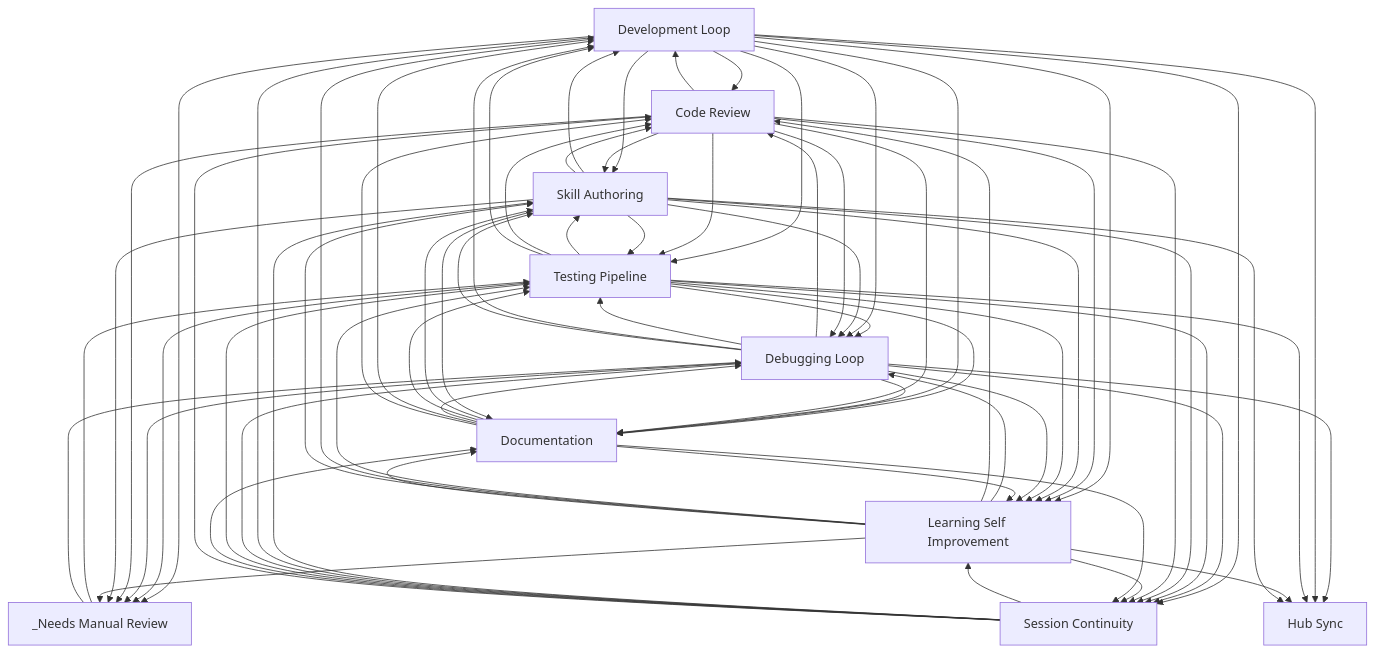
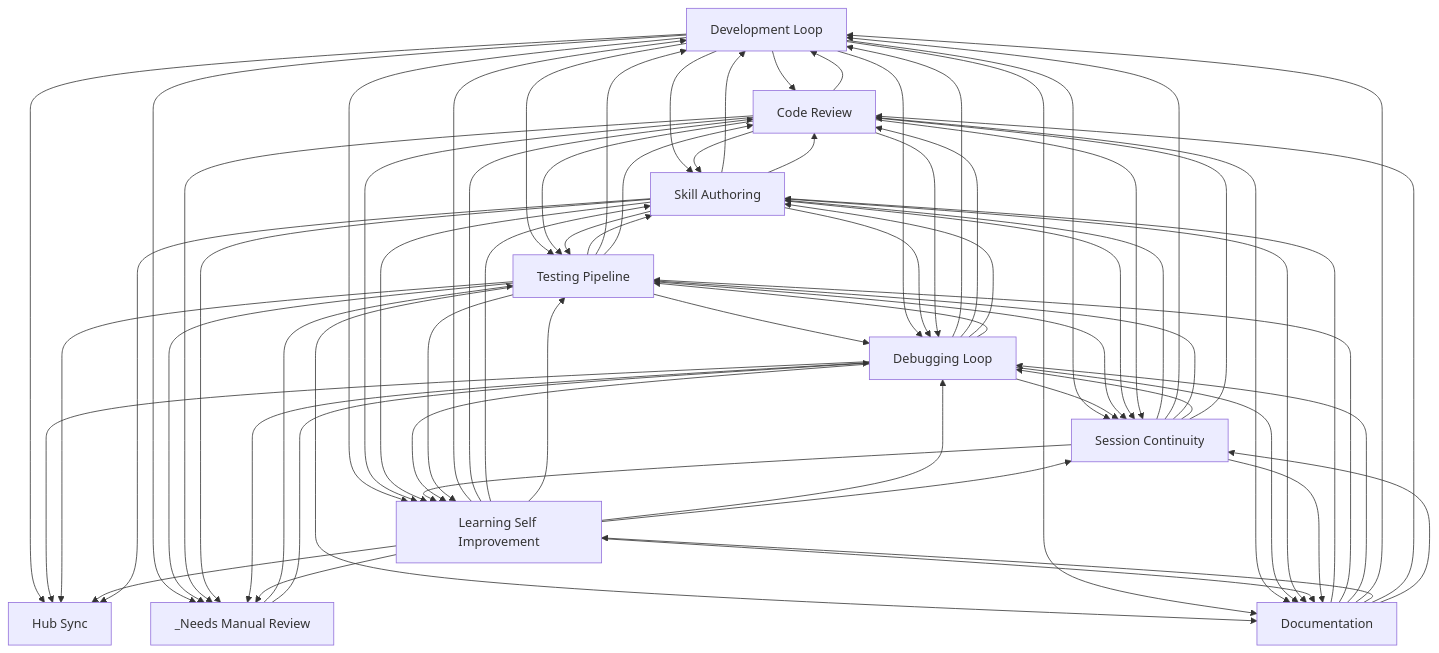
The diagram in docs/workflows/INDEX.md (abhayla/claude-best-practices), drawn with Mermaid before and after one commit. The commit also changed other lines of this file and 12 other files, not shown here.

````diff
--- a/docs/workflows/INDEX.md
+++ b/docs/workflows/INDEX.md
@@ -22,82 +22,82 @@
 ```mermaid
 graph TD
     development_loop[Development Loop]
     testing_pipeline[Testing Pipeline]
     debugging_loop[Debugging Loop]
     learning_self_improvement[Learning Self Improvement]
     session_continuity[Session Continuity]
     skill_authoring[Skill Authoring]
     code_review[Code Review]
     documentation[Documentation]
     hub_sync[Hub Sync]
     _needs_manual_review[_Needs Manual Review]
     documentation --> skill_authoring
     documentation --> testing_pipeline
     development_loop --> code_review
     development_loop --> skill_authoring
     code_review --> development_loop
     code_review --> skill_authoring
     development_loop --> learning_self_improvement
     development_loop --> testing_pipeline
     code_review --> learning_self_improvement
     code_review --> testing_pipeline
     skill_authoring --> testing_pipeline
     testing_pipeline --> skill_authoring
+    testing_pipeline --> development_loop
+    testing_pipeline --> code_review
     testing_pipeline --> debugging_loop
-    testing_pipeline --> code_review
-    testing_pipeline --> development_loop
     testing_pipeline --> documentation
+    debugging_loop --> development_loop
     debugging_loop --> code_review
+    debugging_loop --> skill_authoring
     debugging_loop --> testing_pipeline
-    debugging_loop --> development_loop
-    debugging_loop --> skill_authoring
     development_loop --> debugging_loop
     development_loop --> documentation
-    debugging_loop --> documentation
     skill_authoring --> development_loop
     skill_authoring --> code_review
     skill_authoring --> learning_self_improvement
     development_loop --> _needs_manual_review
     testing_pipeline --> _needs_manual_review
     code_review --> documentation
+    development_loop --> session_continuity
     session_continuity --> learning_self_improvement
-    development_loop --> session_continuity
     _needs_manual_review --> testing_pipeline
+    debugging_loop --> session_continuity
+    debugging_loop --> learning_self_improvement
+    testing_pipeline --> session_continuity
     testing_pipeline --> learning_self_improvement
-    debugging_loop --> session_continuity
-    testing_pipeline --> session_continuity
+    debugging_loop --> documentation
     skill_authoring --> session_continuity
     skill_authoring --> debugging_loop
     _needs_manual_review --> debugging_loop
-    debugging_loop --> learning_self_improvement
+    learning_self_improvement --> development_loop
+    learning_self_improvement --> code_review
+    learning_self_improvement --> skill_authoring
+    learning_self_improvement --> testing_pipeline
     learning_self_improvement --> debugging_loop
-    learning_self_improvement --> code_review
-    learning_self_improvement --> testing_pipeline
-    learning_self_improvement --> development_loop
-    learning_self_improvement --> skill_authoring
     code_review --> debugging_loop
-    debugging_loop --> _needs_manual_review
     code_review --> _needs_manual_review
     skill_authoring --> _needs_manual_review
+    debugging_loop --> _needs_manual_review
     skill_authoring --> documentation
     code_review --> session_continuity
     learning_self_improvement --> session_continuity
     session_continuity --> skill_authoring
     session_continuity --> development_loop
+    session_continuity --> testing_pipeline
     session_continuity --> debugging_loop
-    session_continuity --> testing_pipeline
+    development_loop --> hub_sync
     debugging_loop --> hub_sync
-    development_loop --> hub_sync
     testing_pipeline --> hub_sync
     learning_self_improvement --> hub_sync
     skill_authoring --> hub_sync
     learning_self_improvement --> _needs_manual_review
     documentation --> debugging_loop
     documentation --> development_loop
     documentation --> learning_self_improvement
     learning_self_improvement --> documentation
     session_continuity --> documentation
     session_continuity --> code_review
     documentation --> code_review
     documentation --> session_continuity
 ```
````
